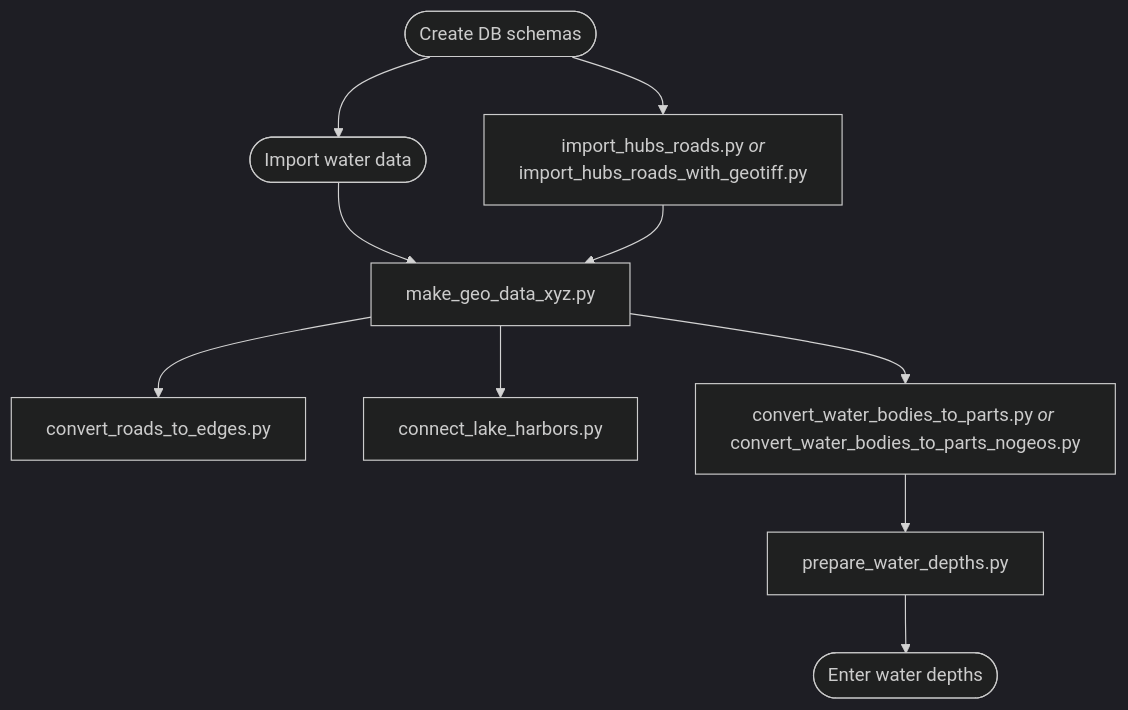
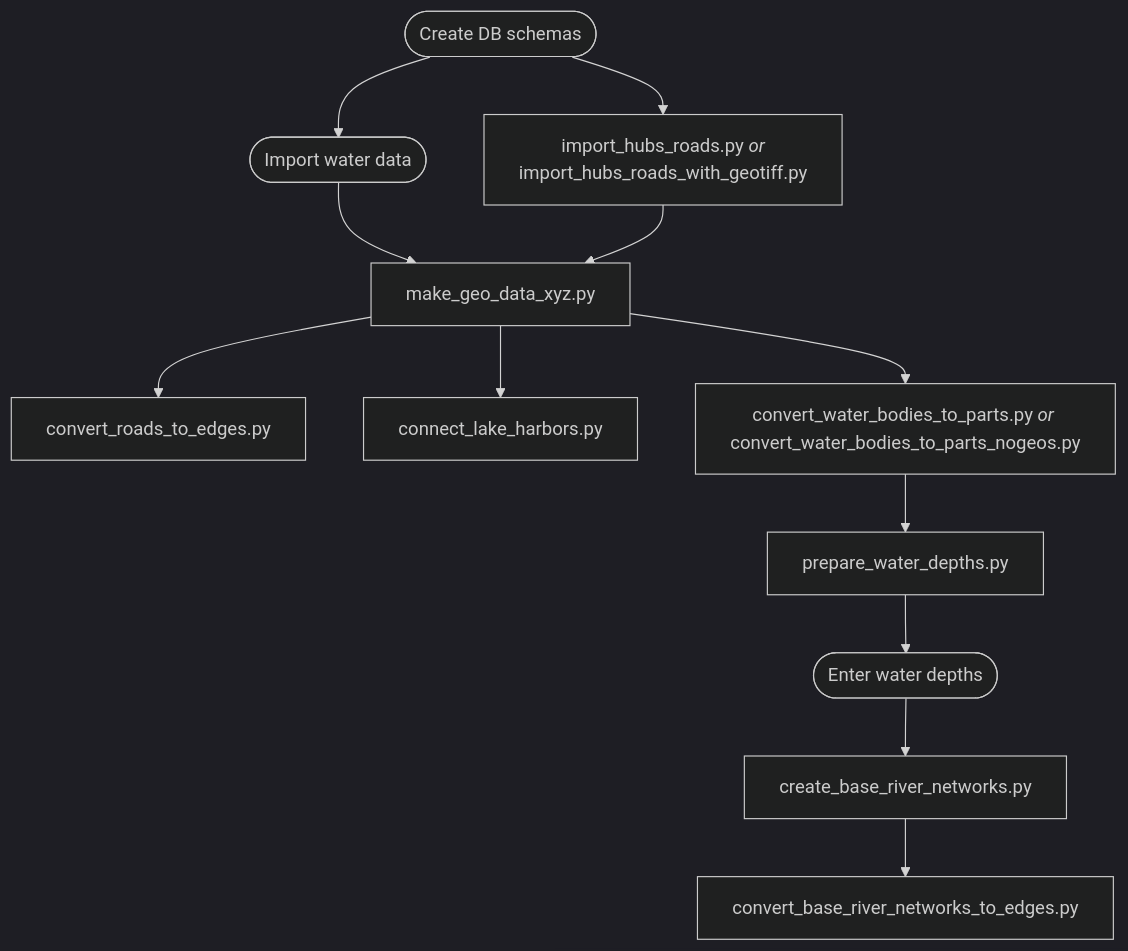
One commit to Simulation-of-Traffic-and-Transport/SiTT changed the diagram in precalculation/README.md. Above: the diagram before and after it, drawn with Mermaid (dark theme). The commit also changed other lines of this file and 3 other files, not shown here.

Commit message:
Implement basic river network script and stub for converter to edges.

````diff
--- a/precalculation/README.md
+++ b/precalculation/README.md
@@ -9,23 +9,25 @@
 ```mermaid
 flowchart TD
     schema(["Create DB schemas"])
     water(["Import water data"])
     hubs_roads["`import_hubs_roads.py *or*
     import_hubs_roads_with_geotiff.py`"]
     geo_data["make_geo_data_xyz.py"]
     convert_roads["convert_roads_to_edges.py"]
     convert_lakes["connect_lake_harbors.py"]
     convert_wb["`convert_water_bodies_to_parts.py *or* convert_water_bodies_to_parts_nogeos.py`"]
     prepare_water_depths["prepare_water_depths.py"]
     enter_depths(["Enter water depths"])
+    base_river["create_base_river_networks.py"]
+    river_edges["convert_base_river_networks_to_edges.py"]
     
     schema --> water
     schema --> hubs_roads
     
     water --> geo_data
     hubs_roads --> geo_data
     
     geo_data --> convert_roads
     geo_data --> convert_lakes
-    geo_data --> convert_wb --> prepare_water_depths --> enter_depths
+    geo_data --> convert_wb --> prepare_water_depths --> enter_depths --> base_river --> river_edges
 ```
````
